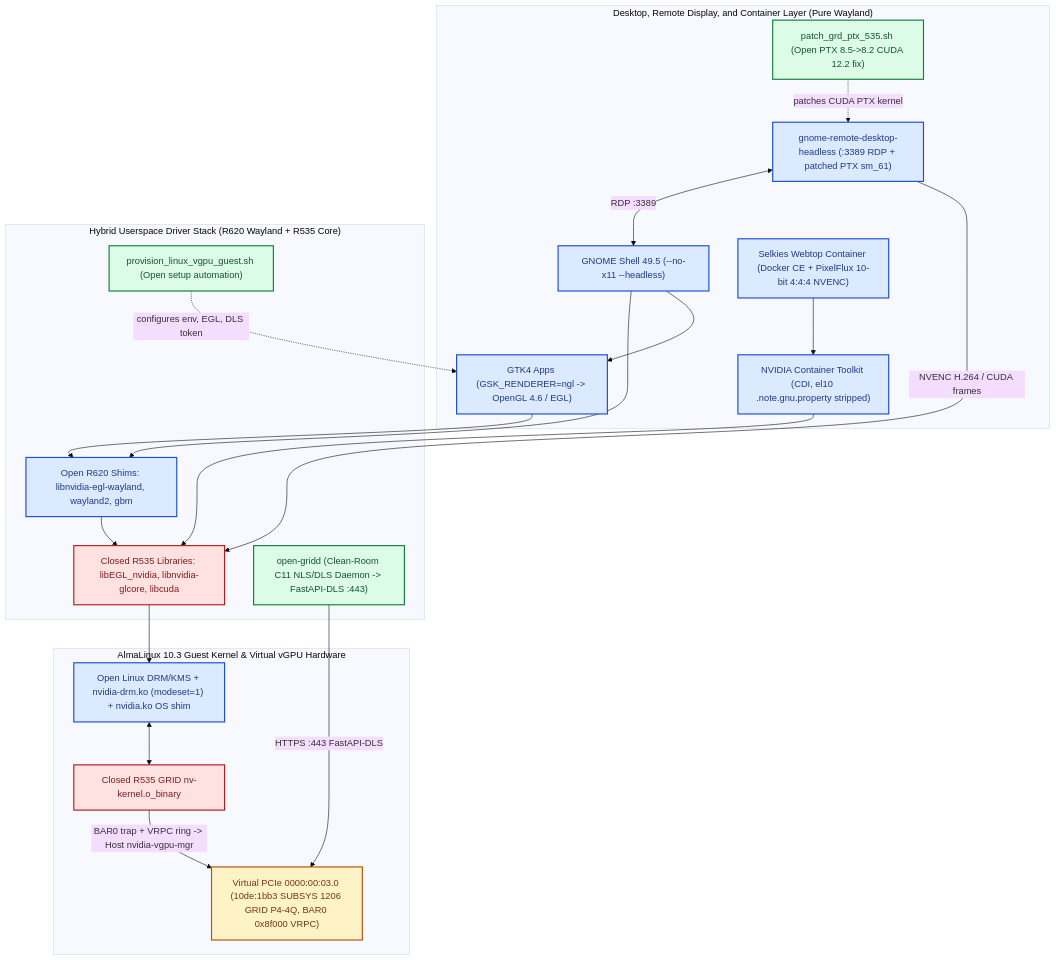
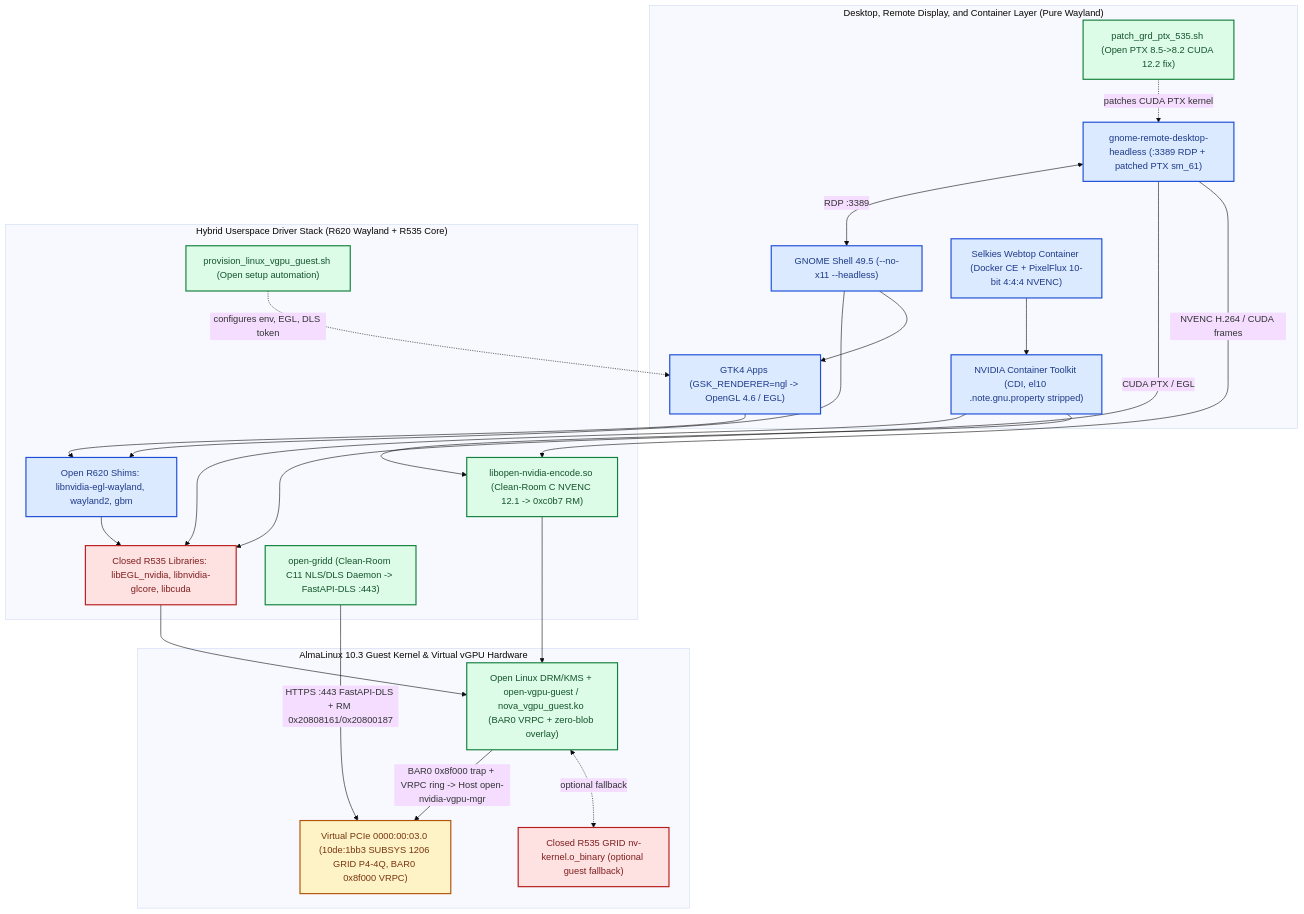
Before and after one commit to SanjayRavindran/open-vgpu-tesla-p4: the second of 4 diagrams in docs/09-OPEN-VS-CLOSED-ARCHITECTURE-DIAGRAMS.md, drawn with Mermaid (base theme). The commit also changed other lines of this file and 8 other files, not shown here.

Commit message:
docs(vgpu): update flowcharts, docs, and open-gridd test cleanup

````diff
--- a/docs/09-OPEN-VS-CLOSED-ARCHITECTURE-DIAGRAMS.md
+++ b/docs/09-OPEN-VS-CLOSED-ARCHITECTURE-DIAGRAMS.md
@@ -87,44 +91,48 @@
 ```mermaid
 flowchart TB
     classDef ours fill:#dcfce7,stroke:#15803d,stroke-width:2px,color:#14532d
     classDef oss fill:#dbeafe,stroke:#1d4ed8,stroke-width:2px,color:#1e3a8a
     classDef closed fill:#fee2e2,stroke:#b91c1c,stroke-width:2px,color:#7f1d1d
     classDef vhw fill:#fef3c7,stroke:#b45309,stroke-width:2px,color:#78350f
 
     subgraph AL_APP["Desktop, Remote Display, and Container Layer (Pure Wayland)"]
         GNOME["GNOME Shell 49.5 (--no-x11 --headless)"]:::oss
         GTK4["GTK4 Apps (GSK_RENDERER=ngl -> OpenGL 4.6 / EGL)"]:::oss
         GRD["gnome-remote-desktop-headless (:3389 RDP + patched PTX sm_61)"]:::oss
         PTX_PATCH["patch_grd_ptx_535.sh (Open PTX 8.5->8.2 CUDA 12.2 fix)"]:::ours
         SELKIES["Selkies Webtop Container (Docker CE + PixelFlux 10-bit 4:4:4 NVENC)"]:::oss
         CDI["NVIDIA Container Toolkit (CDI, el10 .note.gnu.property stripped)"]:::oss
     end
 
     subgraph AL_USR["Hybrid Userspace Driver Stack (R620 Wayland + R535 Core)"]
         EGL_WL["Open R620 Shims: libnvidia-egl-wayland, wayland2, gbm"]:::oss
+        NVENC["libopen-nvidia-encode.so (Clean-Room C NVENC 12.1 -> 0xc0b7 RM)"]:::ours
         NV_GL["Closed R535 Libraries: libEGL_nvidia, libnvidia-glcore, libcuda"]:::closed
         GRIDD["open-gridd (Clean-Room C11 NLS/DLS Daemon -> FastAPI-DLS :443)"]:::ours
         AL_PROV["provision_linux_vgpu_guest.sh (Open setup automation)"]:::ours
     end
 
     subgraph AL_KRN["AlmaLinux 10.3 Guest Kernel & Virtual vGPU Hardware"]
-        DRM["Open Linux DRM/KMS + nvidia-drm.ko (modeset=1) + nvidia.ko OS shim"]:::oss
-        G_CORE["Closed R535 GRID nv-kernel.o_binary"]:::closed
+        DRM["Open Linux DRM/KMS + open-vgpu-guest / nova_vgpu_guest.ko (BAR0 VRPC + zero-blob overlay)"]:::ours
+        G_CORE["Closed R535 GRID nv-kernel.o_binary (optional guest fallback)"]:::closed
         VDEV["Virtual PCIe 0000:00:03.0 (10de:1bb3 SUBSYS 1206 GRID P4-4Q, BAR0 0x8f000 VRPC)"]:::vhw
     end
 
     PTX_PATCH -. "patches CUDA PTX kernel" .-> GRD
     AL_PROV -. "configures env, EGL, DLS token" .-> GTK4
     GNOME --> GTK4
     GNOME --> EGL_WL
-    GRD -- "NVENC H.264 / CUDA frames" --> NV_GL
+    GRD -- "NVENC H.264 / CUDA frames" --> NVENC
+    GRD -- "CUDA PTX / EGL" --> NV_GL
     GRD <-- "RDP :3389" --> GNOME
     SELKIES --> CDI
+    CDI --> NVENC
     CDI --> NV_GL
     GTK4 --> EGL_WL
     EGL_WL --> NV_GL
+    NVENC --> DRM
     NV_GL --> DRM
-    GRIDD -- "HTTPS :443 FastAPI-DLS" --> VDEV
-    DRM <--> G_CORE
-    G_CORE -- "BAR0 trap + VRPC ring -> Host nvidia-vgpu-mgr" --> VDEV
+    GRIDD -- "HTTPS :443 FastAPI-DLS + RM 0x20808161/0x20800187" --> VDEV
+    DRM <-. "optional fallback" .-> G_CORE
+    DRM -- "BAR0 0x8f000 trap + VRPC ring -> Host open-nvidia-vgpu-mgr" --> VDEV
 ```
````
